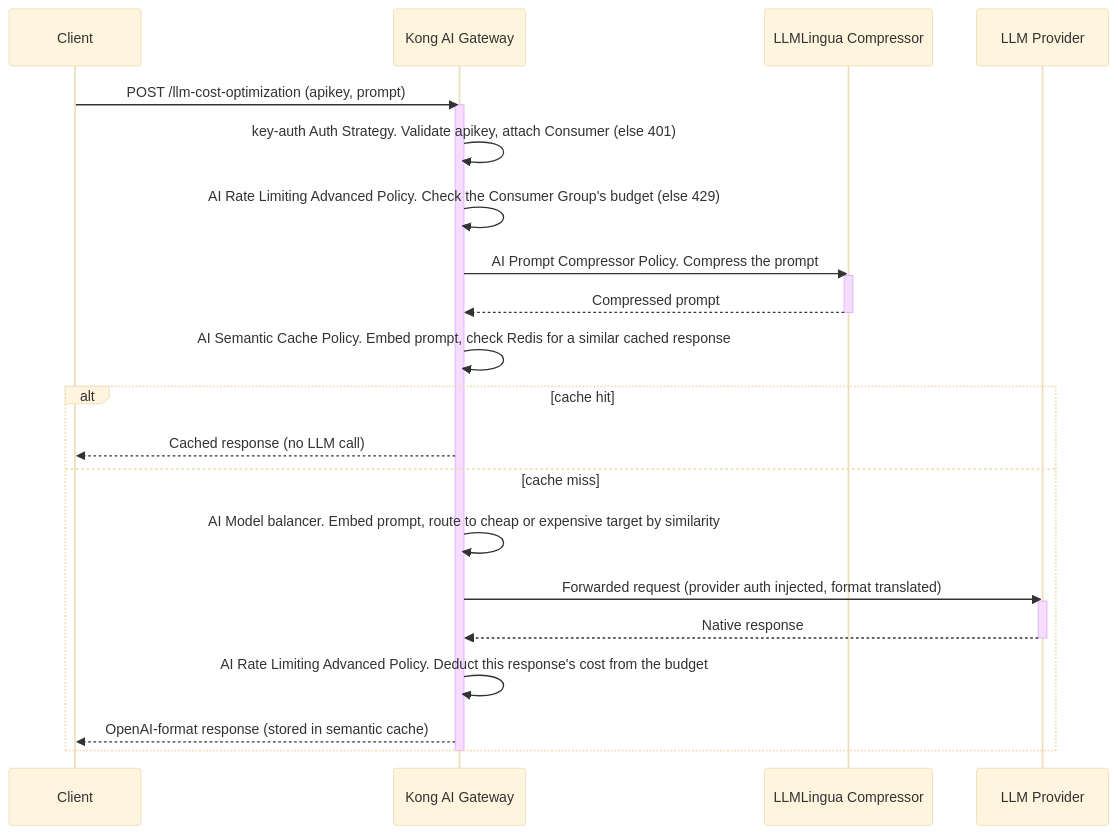
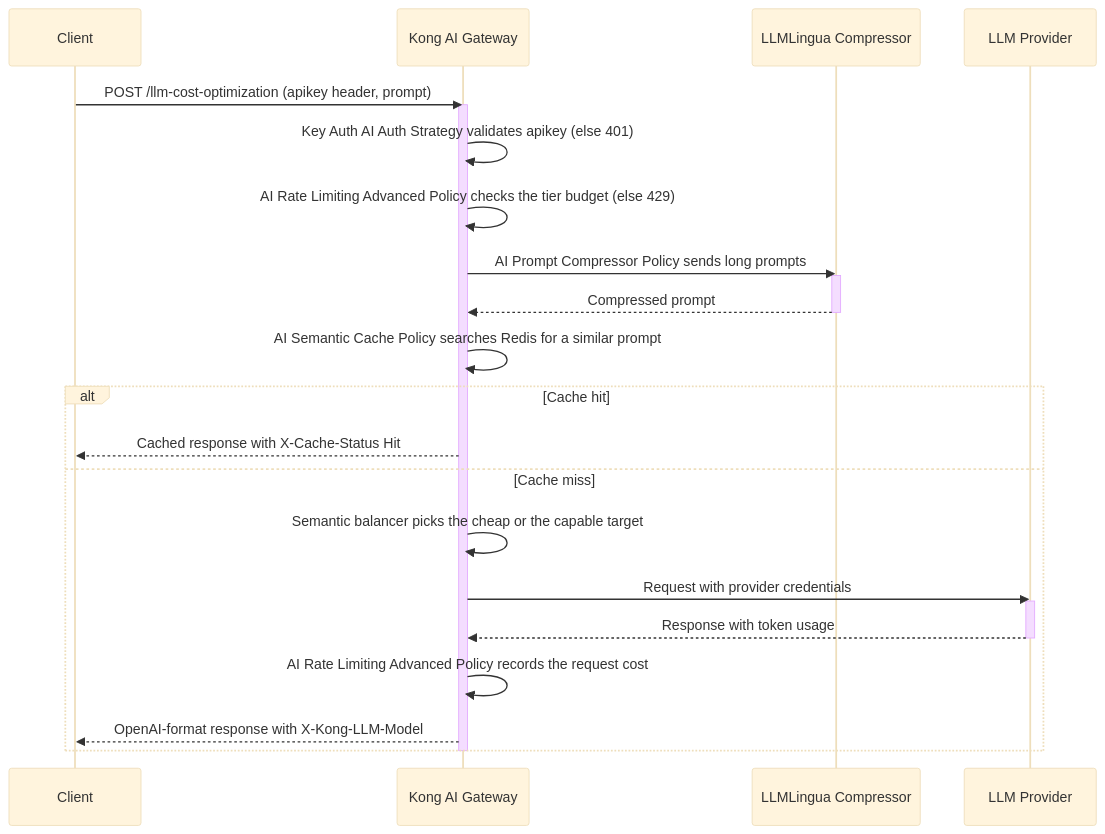
One commit to Kong/developer.konghq.com changed the diagram in app/_cookbooks/llm-cost-optimization.md. Above: the diagram before and after it, drawn with Mermaid (base theme). The commit also changed other lines of this file and 22 other files, not shown here.

```diff
--- a/app/_cookbooks/llm-cost-optimization.md
+++ b/app/_cookbooks/llm-cost-optimization.md
@@ -240,29 +989,29 @@
 {% mermaid %}
 sequenceDiagram
     participant C as Client
     participant K as Kong AI Gateway
     participant LC as LLMLingua Compressor
     participant L as LLM Provider
 
-    C->>K: POST /llm-cost-optimization (apikey, prompt)
+    C->>K: POST /llm-cost-optimization (apikey header, prompt)
     activate K
-    K->>K: key-auth Auth Strategy. Validate apikey, attach Consumer (else 401)
-    K->>K: AI Rate Limiting Advanced Policy. Check the Consumer Group's budget (else 429)
-    K->>LC: AI Prompt Compressor Policy. Compress the prompt
+    K->>K: Key Auth AI Auth Strategy validates apikey (else 401)
+    K->>K: AI Rate Limiting Advanced Policy checks the tier budget (else 429)
+    K->>LC: AI Prompt Compressor Policy sends long prompts
     activate LC
     LC-->>K: Compressed prompt
     deactivate LC
-    K->>K: AI Semantic Cache Policy. Embed prompt, check Redis for a similar cached response
-    alt cache hit
-        K-->>C: Cached response (no LLM call)
-    else cache miss
-        K->>K: AI Model balancer. Embed prompt, route to cheap or expensive target by similarity
-        K->>L: Forwarded request (provider auth injected, format translated)
+    K->>K: AI Semantic Cache Policy searches Redis for a similar prompt
+    alt Cache hit
+        K-->>C: Cached response with X-Cache-Status Hit
+    else Cache miss
+        K->>K: Semantic balancer picks the cheap or the capable target
+        K->>L: Request with provider credentials
         activate L
-        L-->>K: Native response
+        L-->>K: Response with token usage
         deactivate L
-        K->>K: AI Rate Limiting Advanced Policy. Deduct this response's cost from the budget
-        K-->>C: OpenAI-format response (stored in semantic cache)
+        K->>K: AI Rate Limiting Advanced Policy records the request cost
+        K-->>C: OpenAI-format response with X-Kong-LLM-Model
     end
     deactivate K
 {% endmermaid %}
```
